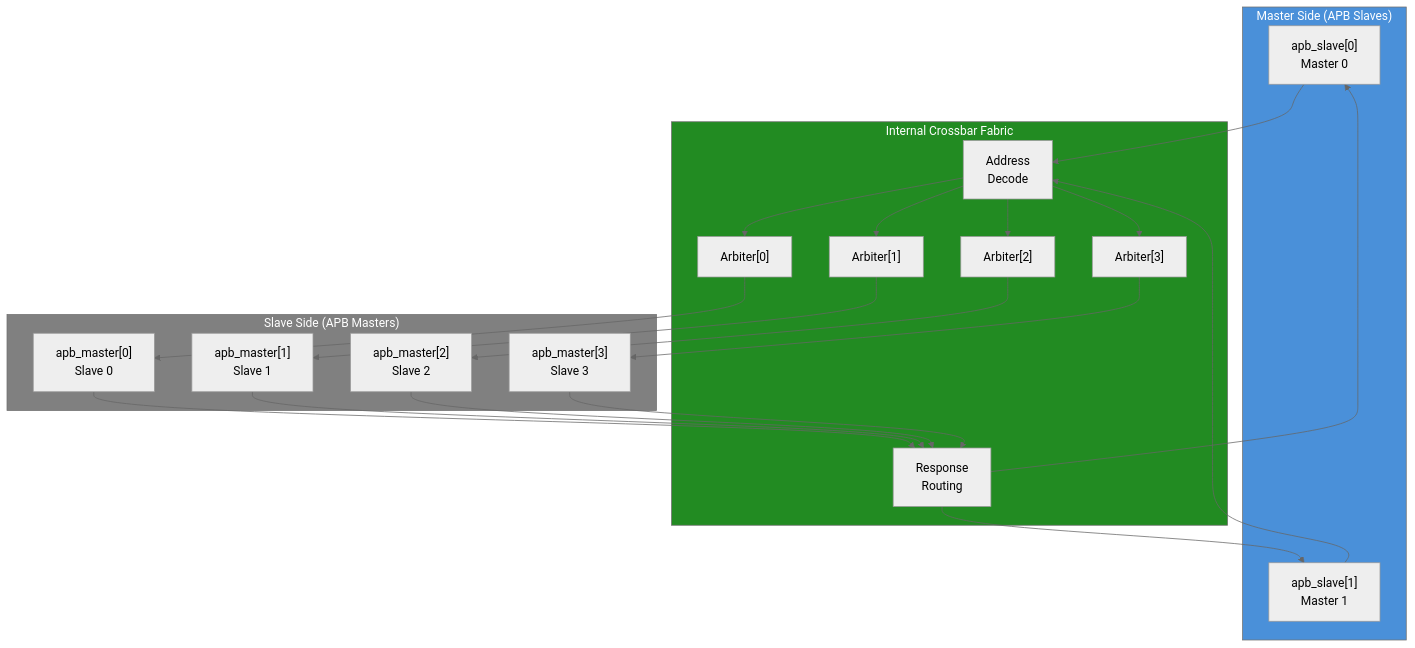
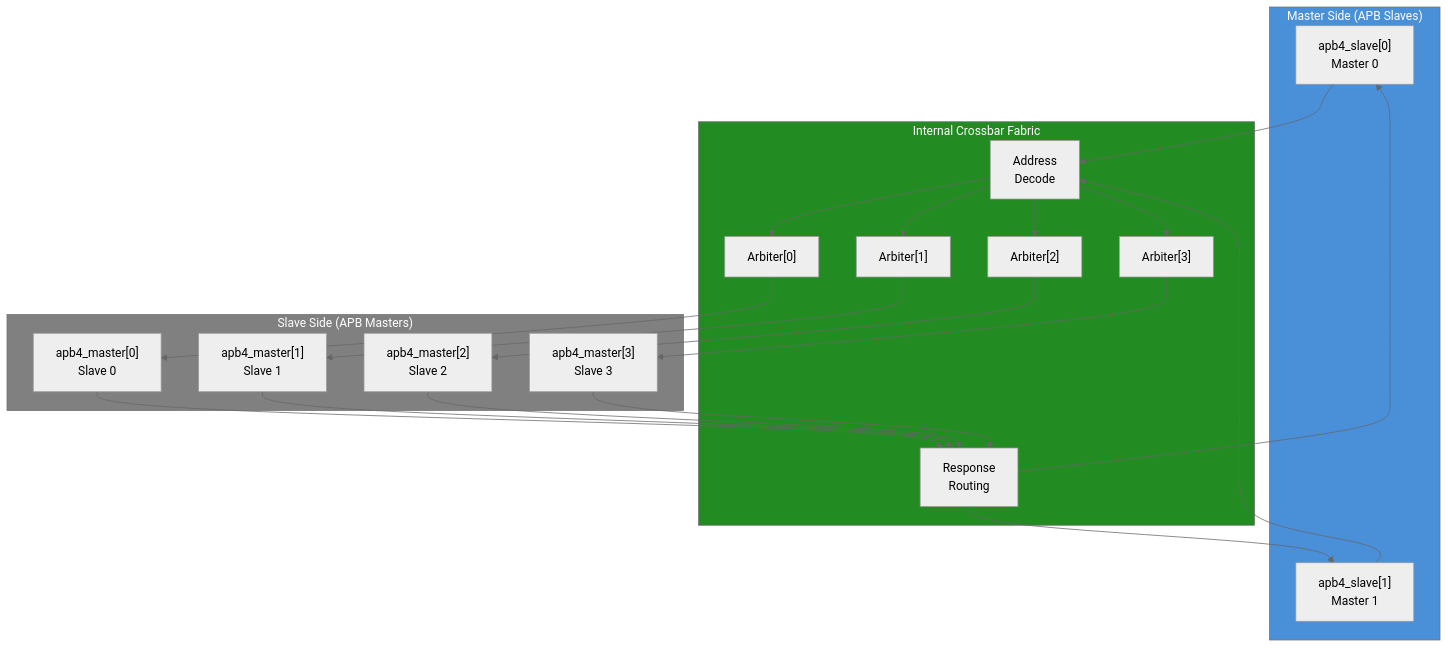
Before and after one commit to sean-galloway/RTLDesignSherpa: the diagram in projects/components/apb_xbar/docs/apb_xbar_has/assets/mermaid/02_block_diagram.mmd, drawn with Mermaid (neutral theme). The commit also changed 486 other files, not shown here.

```diff
--- a/projects/components/apb_xbar/docs/apb_xbar_has/assets/mermaid/02_block_diagram.mmd
+++ b/projects/components/apb_xbar/docs/apb_xbar_has/assets/mermaid/02_block_diagram.mmd
@@ -1,46 +1,46 @@
 flowchart TB
     subgraph Masters["Master Side (APB Slaves)"]
-        M0["apb_slave[0]<br/>Master 0"]
-        M1["apb_slave[1]<br/>Master 1"]
+        M0["apb4_slave[0]<br/>Master 0"]
+        M1["apb4_slave[1]<br/>Master 1"]
     end
 
     subgraph Fabric["Internal Crossbar Fabric"]
         DECODE["Address<br/>Decode"]
         ARB0["Arbiter[0]"]
         ARB1["Arbiter[1]"]
         ARB2["Arbiter[2]"]
         ARB3["Arbiter[3]"]
         RESP["Response<br/>Routing"]
     end
 
     subgraph Slaves["Slave Side (APB Masters)"]
-        S0["apb_master[0]<br/>Slave 0"]
-        S1["apb_master[1]<br/>Slave 1"]
-        S2["apb_master[2]<br/>Slave 2"]
-        S3["apb_master[3]<br/>Slave 3"]
+        S0["apb4_master[0]<br/>Slave 0"]
+        S1["apb4_master[1]<br/>Slave 1"]
+        S2["apb4_master[2]<br/>Slave 2"]
+        S3["apb4_master[3]<br/>Slave 3"]
     end
 
     M0 --> DECODE
     M1 --> DECODE
 
     DECODE --> ARB0
     DECODE --> ARB1
     DECODE --> ARB2
     DECODE --> ARB3
 
     ARB0 --> S0
     ARB1 --> S1
     ARB2 --> S2
     ARB3 --> S3
 
     S0 --> RESP
     S1 --> RESP
     S2 --> RESP
     S3 --> RESP
 
     RESP --> M0
     RESP --> M1
 
     style Masters fill:#4a90d9,color:#fff
     style Fabric fill:#228B22,color:#fff
     style Slaves fill:#808080,color:#fff
```
